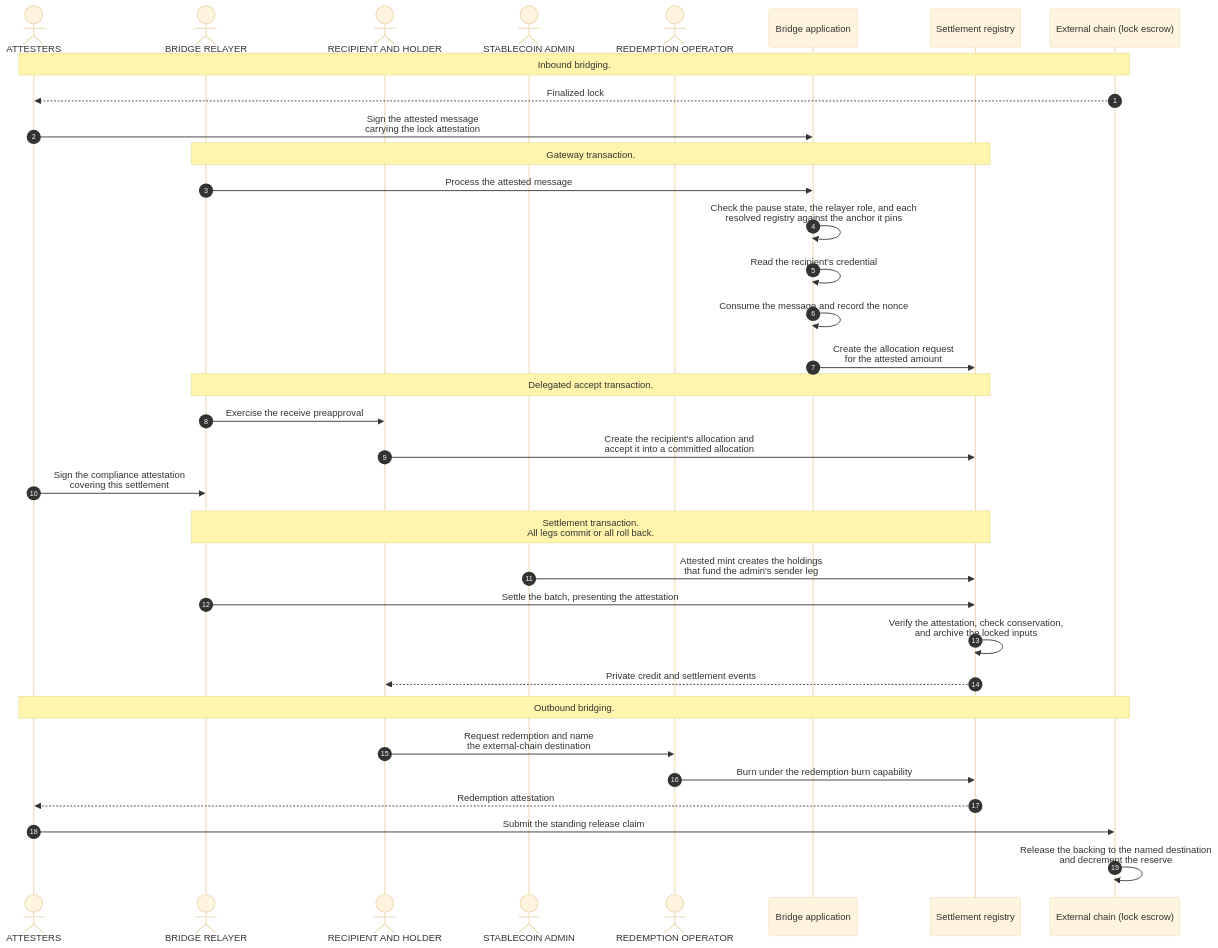
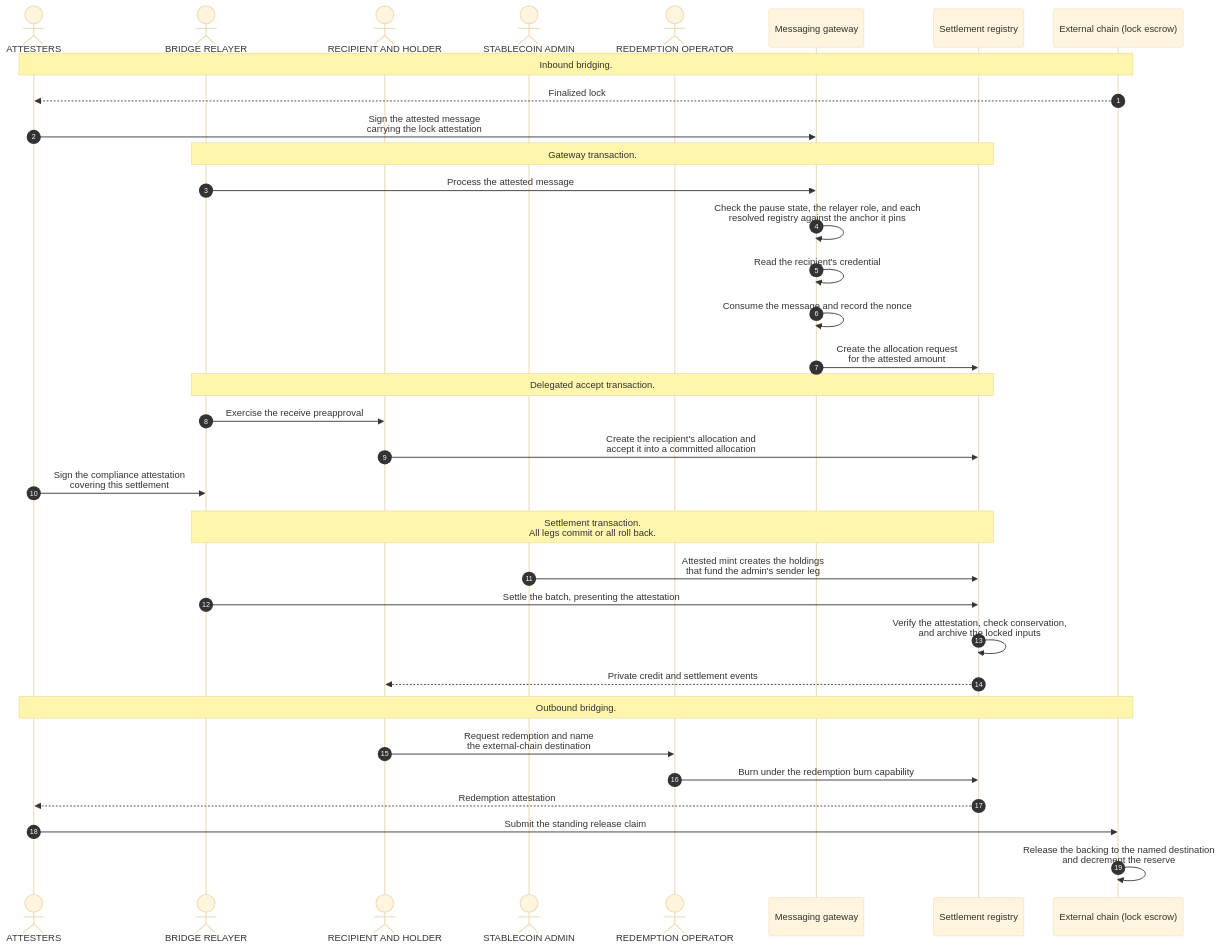
Before and after one commit to OpenZeppelin/canton-specs: the diagram in docs/reference-architectures/cross-chain-stablecoin.md, drawn with Mermaid (base theme). The commit also changed other lines of this file, not shown here.

First line of the commit message:
define the messaging gateway before using it, and stop calling the mint its own

````diff
--- a/docs/reference-architectures/cross-chain-stablecoin.md
+++ b/docs/reference-architectures/cross-chain-stablecoin.md
@@ -254,39 +260,39 @@
 ```mermaid
 sequenceDiagram
     autonumber
     actor Attesters as ATTESTERS
     actor Relayer as BRIDGE RELAYER
     actor Recipient as RECIPIENT AND HOLDER
     actor Admin as STABLECOIN ADMIN
     actor Operator as REDEMPTION OPERATOR
-    participant App as Bridge application
+    participant App as Messaging gateway
     participant Registry as Settlement registry
     participant Chain as External chain (lock escrow)
 
     Note over Attesters,Chain: Inbound bridging.
     Chain-->>Attesters: Finalized lock
     Attesters->>App: Sign the attested message<br/>carrying the lock attestation
     Note over Relayer,Registry: Gateway transaction.
     Relayer->>App: Process the attested message
     App->>App: Check the pause state, the relayer role, and each<br/>resolved registry against the anchor it pins
     App->>App: Read the recipient's credential
     App->>App: Consume the message and record the nonce
     App->>Registry: Create the allocation request<br/>for the attested amount
     Note over Relayer,Registry: Delegated accept transaction.
     Relayer->>Recipient: Exercise the receive preapproval
     Recipient->>Registry: Create the recipient's allocation and<br/>accept it into a committed allocation
     Attesters->>Relayer: Sign the compliance attestation<br/>covering this settlement
     rect rgba(255, 255, 255, .1)
         Note over Relayer,Registry: Settlement transaction.<br/>All legs commit or all roll back.
         Admin->>Registry: Attested mint creates the holdings<br/>that fund the admin's sender leg
         Relayer->>Registry: Settle the batch, presenting the attestation
         Registry->>Registry: Verify the attestation, check conservation,<br/>and archive the locked inputs
         Registry-->>Recipient: Private credit and settlement events
     end
     Note over Attesters,Chain: Outbound bridging.
     Recipient->>Operator: Request redemption and name<br/>the external-chain destination
     Operator->>Registry: Burn under the redemption burn capability
     Registry-->>Attesters: Redemption attestation
     Attesters->>Chain: Submit the standing release claim
     Chain->>Chain: Release the backing to the named destination<br/>and decrement the reserve
 ```
````
